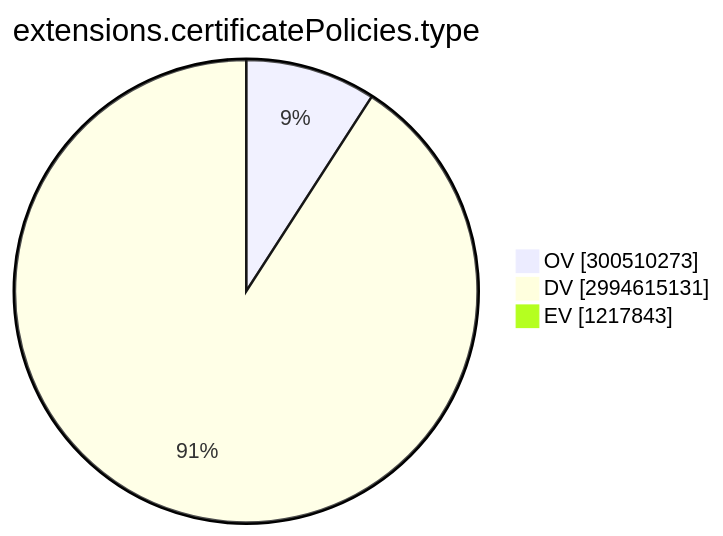
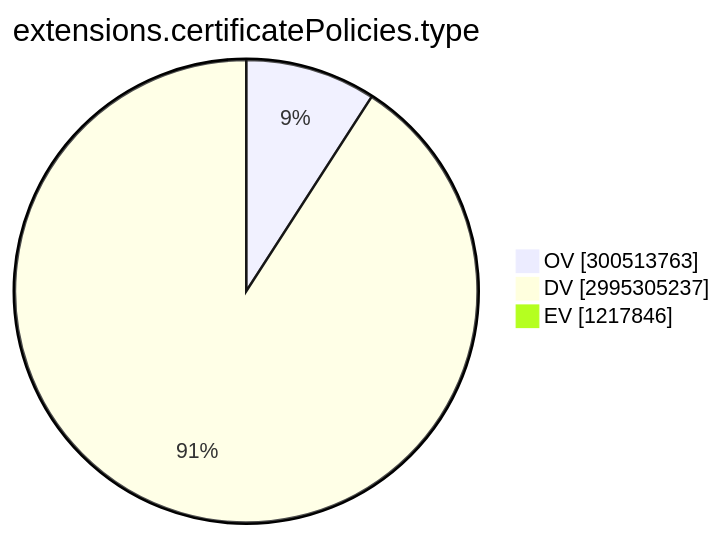
The ninth of 15 diagrams in TOTAL/README.md (christiankrug/ctmonitor_visualization), drawn with Mermaid before and after one commit. The commit also changed other lines of this file, not shown here.

````diff
--- a/TOTAL/README.md
+++ b/TOTAL/README.md
@@ -3102,7 +3102,7 @@
 ```mermaid
 pie showData
 title extensions.certificatePolicies.type
-"OV" :300510273
-"DV" :2994615131
-"EV" :1217843
+"OV" :300513763
+"DV" :2995305237
+"EV" :1217846
 ```
````
